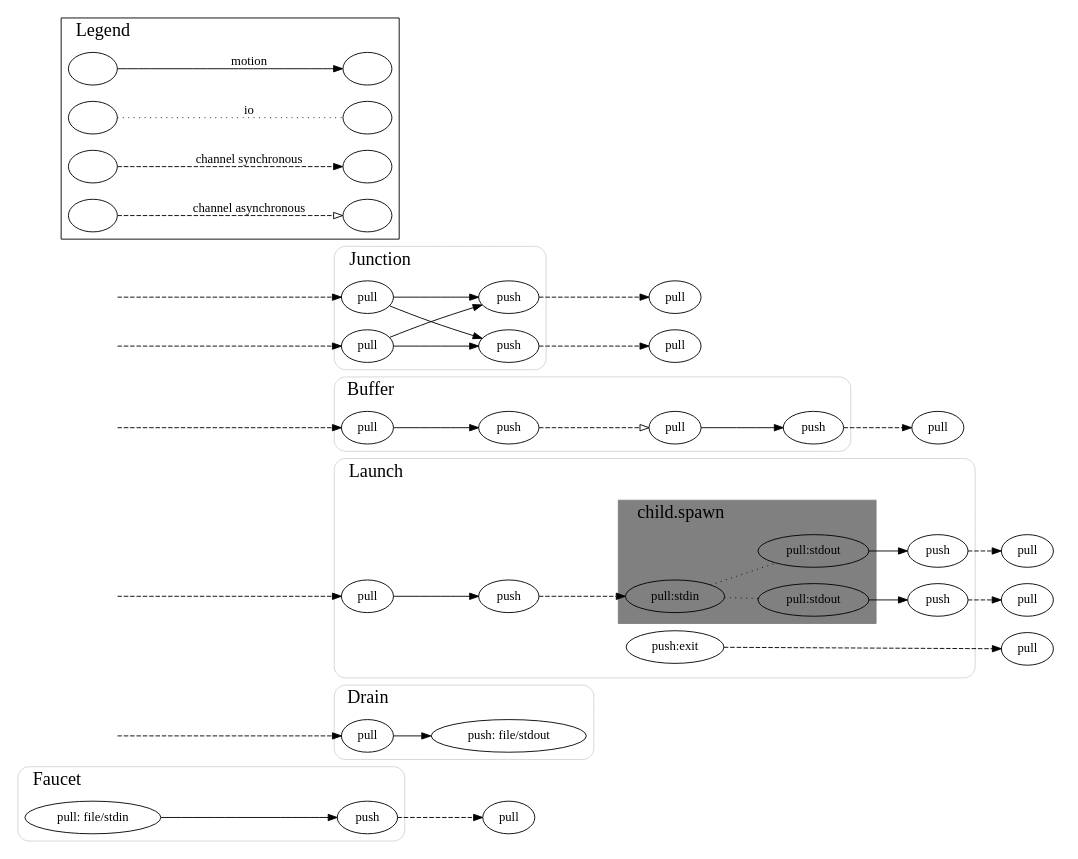
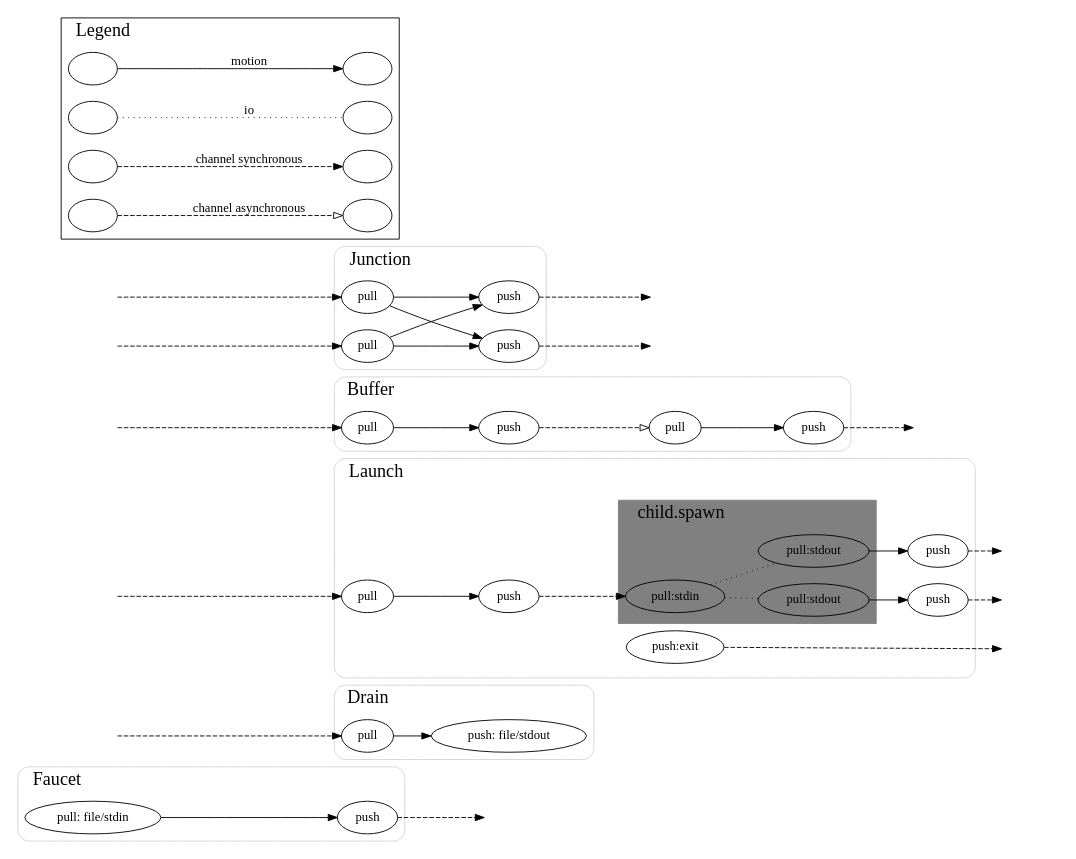
One commit to forbesmyester/pipeawesome2 changed the diagram in components.dot. Above: the diagram before and after it, drawn with Graphviz. The commit also changed 10 other files, not shown here.

```diff
--- a/components.dot
+++ b/components.dot
@@ -1,141 +1,141 @@
 digraph G {
     rankdir=LR
     labeljust=l
     fontsize=20
     
     subgraph faucet {
         color=lightgrey;
         subgraph cluster_faucet {
             label="Faucet"
             faucet_pull [label="pull: file/stdin"]
             faucet_push [label=push]
             style="rounded"
         }
-        fauct_exit_pull [label=pull]
+        fauct_exit_pull [shape=plaintext, label=""]
         faucet_pull -> faucet_push
         faucet_push -> fauct_exit_pull [style=dashed]
     }
     
 
     subgraph drain {
         color=lightgrey;
         drain_input [shape=plaintext, label=""]
         drain_input -> drain_pull [style="dashed"]
         subgraph cluster_drain {
             label = "Drain"
             drain_pull [label=pull]
             drain_push [label="push: file/stdout"]
             style="rounded"
         }
         drain_pull -> drain_push
     }
 
     subgraph launch {
         color=lightgrey;
         subgraph cluster_launch {
             label="Launch"
             launch_pull [label=pull]
             launch_stdin_recv_push [label=push]
             
             subgraph cluster_spawn_holder {
                 color=white
                 label=""
                 subgraph cluster_launch_spawn {
                     color=grey
                     label="child.spawn"
                     launch_stdin_recv_pull [label="pull:stdin"]
                     launch_stdout_send_pull [label="pull:stdout"]
                     launch_stderr_send_pull [label="pull:stdout"]
                     style="filled"
                 }
                 launch_exit_send_push [label="push:exit"]
             }
             launch_stderr_recv_push [label="push"]
             launch_stdout_recv_push [label="push"]
             style="rounded"
         }
         launch_input [shape=plaintext, label=""]
         launch_input -> launch_pull [style="dashed"]
         launch_pull -> launch_stdin_recv_push
         launch_stdin_recv_push -> launch_stdin_recv_pull [style=dashed]
         launch_stdin_recv_pull -> launch_stdout_send_pull [style=dotted, arrowhead=none]
         launch_stdin_recv_pull -> launch_stderr_send_pull [style=dotted, arrowhead=none]
         
         launch_stdout_send_pull -> launch_stdout_recv_push
         launch_stderr_send_pull -> launch_stderr_recv_push
         launch_stdout_recv_push -> launch_stdout_outer [style=dashed]
         launch_stderr_recv_push -> launch_stderr_outer [style=dashed]
         launch_exit_send_push -> launch_exit_outer [style=dashed]
         subgraph cluster_launch_outputs {
             color=white
-            launch_stderr_outer [label=pull]
-            launch_stdout_outer [label=pull]
-            launch_exit_outer [label=pull]
+            launch_stderr_outer [shape=plaintext, label=""]
+            launch_stdout_outer [shape=plaintext, label=""]
+            launch_exit_outer [shape=plaintext, label=""]
         }
     }
 
 
     subgraph buffer {
         color=lightgrey;
         buffer_input_push [shape=plaintext, label=""]
         subgraph cluster_buffer {
             label = "Buffer"
             buffer_pull [label=pull]
             buffer_push [label=push]
             buffer_push -> buffer_inner_pull [style=dashed, arrowhead=empty]
             buffer_inner_pull [label=pull]
             buffer_inner_push [label=push]
             buffer_inner_pull -> buffer_inner_push
             style="rounded"
         }
         buffer_input_push -> buffer_pull [style=dashed]
         buffer_pull -> buffer_push
-        buffer_exit_pull [label=pull]
+        buffer_exit_pull [shape=plaintext, label=""]
         buffer_inner_push -> buffer_exit_pull [style=dashed]
     }
 
 
     subgraph junction {
         color=lightgrey;
         subgraph cluster_junction {
             label = "Junction"
             junction_push_1 [label=push]
             junction_push_2 [label=push]
             junction_pull_1 [label=pull]
             junction_pull_2 [label=pull]
             style="rounded"
         }
         junction_input_outer_1 [shape="plaintext", label=""]
         junction_input_outer_2 [shape="plaintext", label=""]
         junction_input_outer_1 -> junction_pull_1 [style=dashed]
         junction_input_outer_2 -> junction_pull_2 [style=dashed]
         junction_pull_1 -> junction_push_1
         junction_pull_2 -> junction_push_1
         junction_pull_1 -> junction_push_2
         junction_pull_2 -> junction_push_2
-        junction_exit_pull_1 [label="pull"]
-        junction_exit_pull_2 [label="pull"]
+        junction_exit_pull_1 [shape=plaintext, label=""]
+        junction_exit_pull_2 [shape=plaintext, label=""]
         junction_push_1 -> junction_exit_pull_1 [style=dashed]
         junction_push_2 -> junction_exit_pull_2 [style=dashed]
     }
 
 
 
     subgraph cluster_legend {
         label="Legend"
         a [label=""]
         b [label=""]
         c [label=""]
         d [label=""]
         e [label=""]
         f [label=""]
         g [label=""]
         h [label=""]
         a -> b [label=motion]
         c -> d [label=io, style=dotted, arrowhead=none]
         e -> f [label="channel synchronous", style=dashed]
         g -> h [label="channel asynchronous", style=dashed, arrowhead=empty]
     }
 
 
 }
```
